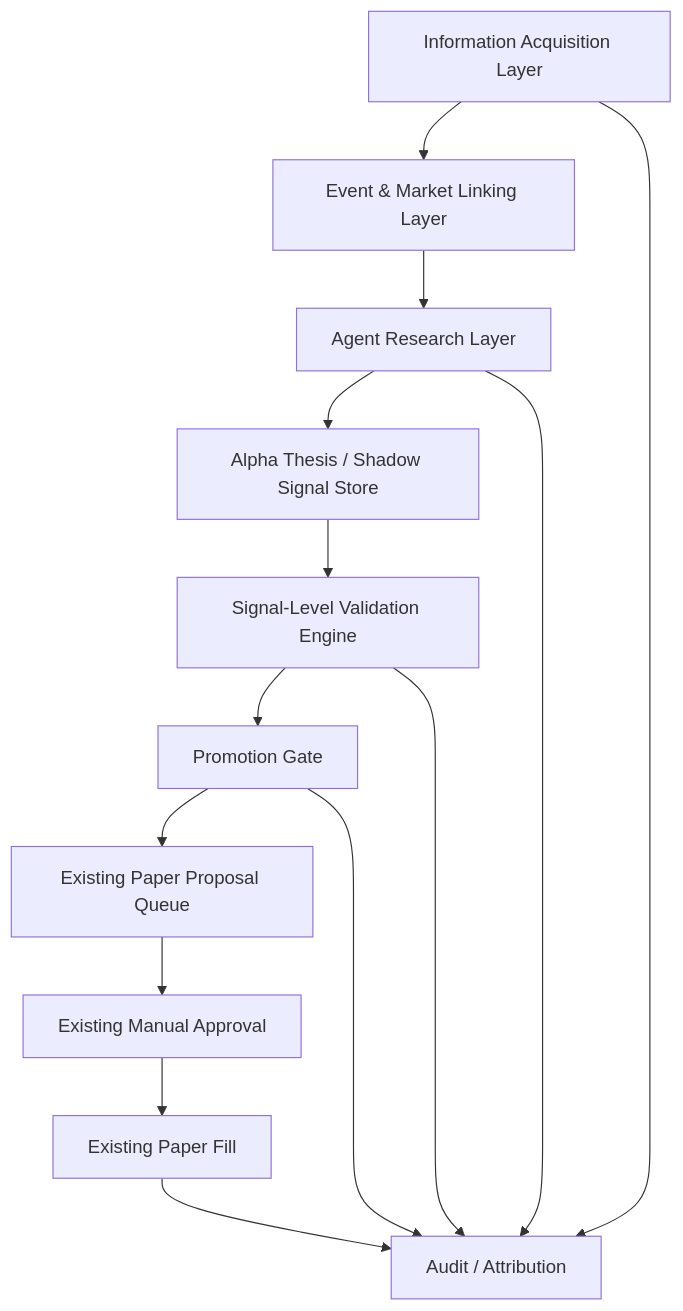
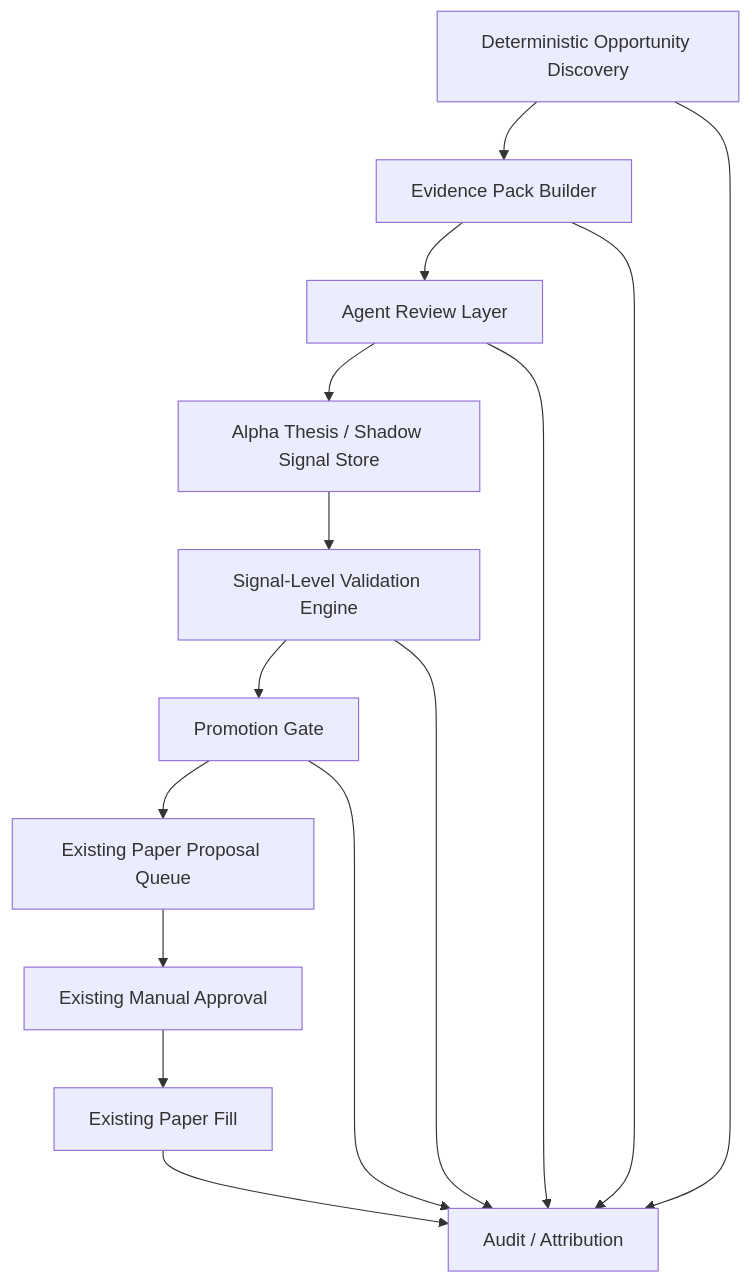
One commit to sgme94/FinceptTerminal changed the diagram in docs/superpowers/specs/2026-05-07-poly-alpha-platform-phase-1-design.md. Above: the diagram before and after it, drawn with Mermaid. The commit also changed other lines of this file, not shown here.

Commit message:
docs: refine poly alpha opportunity lifecycle

````diff
--- a/docs/superpowers/specs/2026-05-07-poly-alpha-platform-phase-1-design.md
+++ b/docs/superpowers/specs/2026-05-07-poly-alpha-platform-phase-1-design.md
@@ -87,27 +98,28 @@
 ```mermaid
 flowchart TD
-  Info["Information Acquisition Layer"]
-  Link["Event & Market Linking Layer"]
-  Agents["Agent Research Layer"]
+  Scan["Deterministic Opportunity Discovery"]
+  Evidence["Evidence Pack Builder"]
+  Agents["Agent Review Layer"]
   Thesis["Alpha Thesis / Shadow Signal Store"]
   Validation["Signal-Level Validation Engine"]
   Promotion["Promotion Gate"]
   Proposal["Existing Paper Proposal Queue"]
   Approval["Existing Manual Approval"]
   Fill["Existing Paper Fill"]
   Audit["Audit / Attribution"]
 
-  Info --> Link
-  Link --> Agents
+  Scan --> Evidence
+  Evidence --> Agents
   Agents --> Thesis
   Thesis --> Validation
   Validation --> Promotion
   Promotion --> Proposal
   Proposal --> Approval
   Approval --> Fill
   Fill --> Audit
-  Info --> Audit
+  Scan --> Audit
+  Evidence --> Audit
   Agents --> Audit
   Validation --> Audit
   Promotion --> Audit
 ```
````
